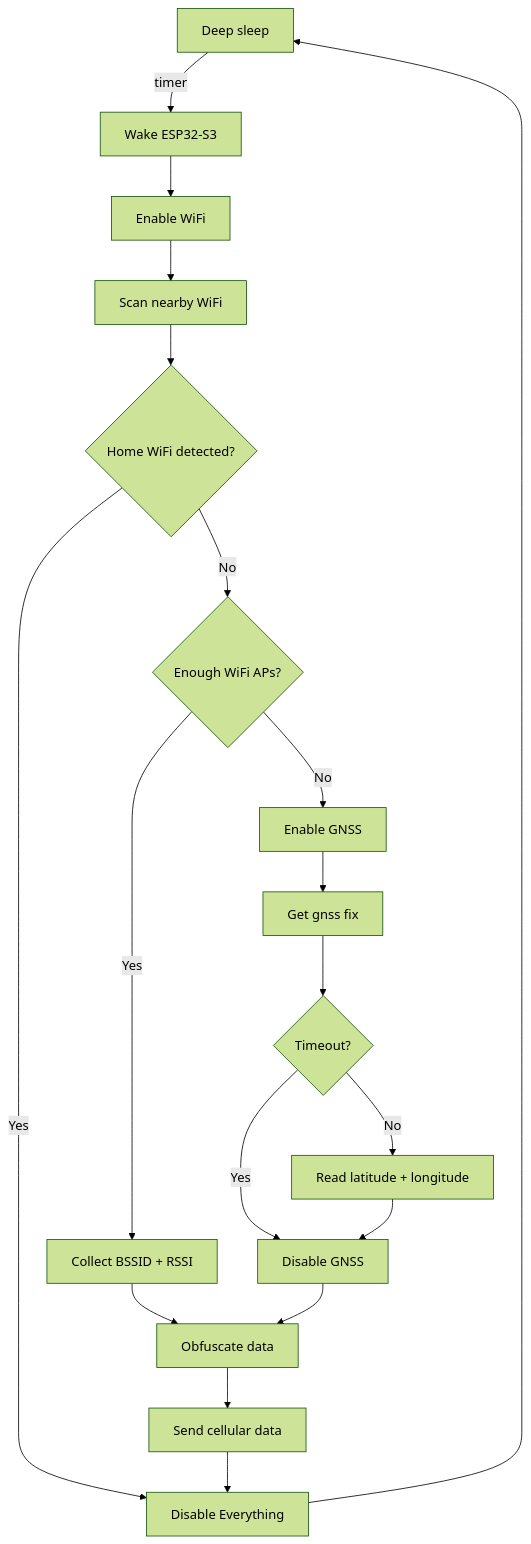
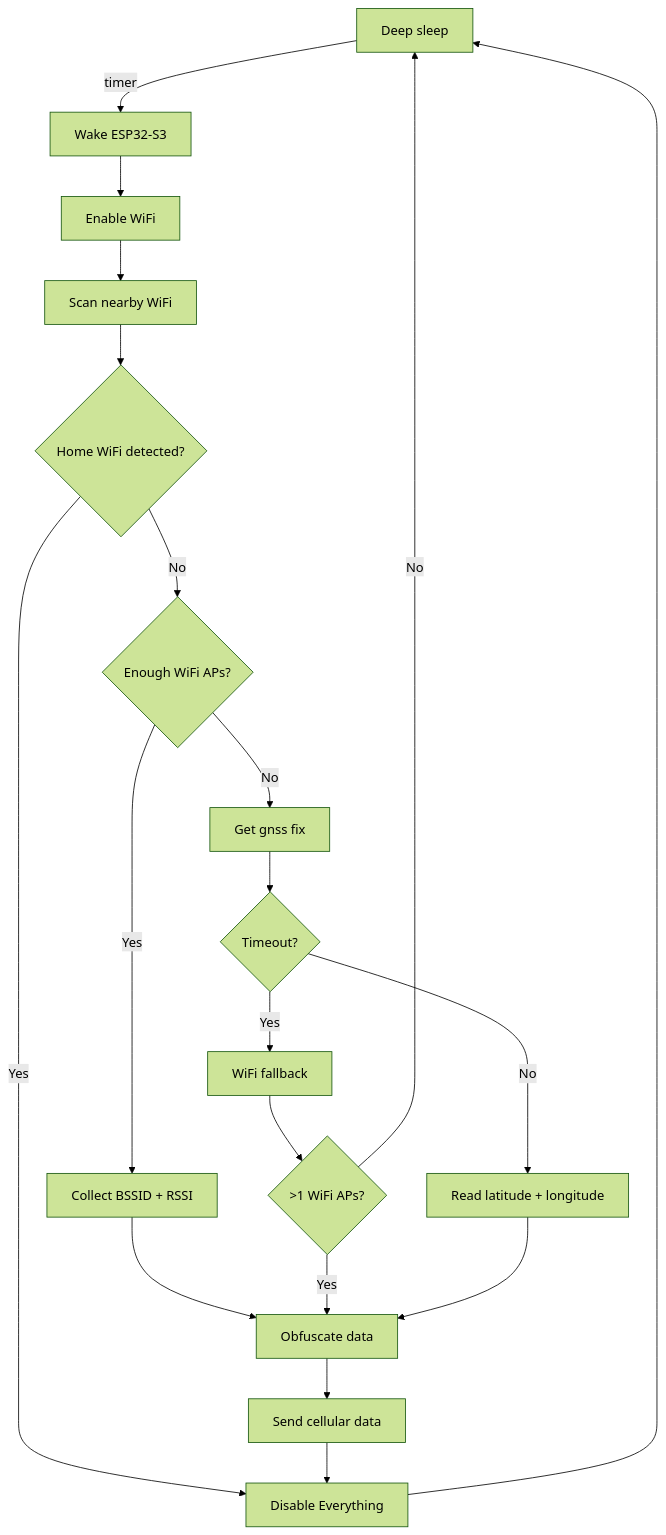
Before and after one commit to marph91/marphs-tracker: the diagram in docs/software.md, drawn with Mermaid (forest theme). The commit also changed 6 other files, not shown here.

Commit message:
implement wifi fallback on gnss path

````diff
--- a/docs/software.md
+++ b/docs/software.md
@@ -5,27 +5,29 @@
 ```mermaid
 flowchart TD
     sleep -->|"timer"| wake["Wake ESP32-S3"]
 
     wake --> enable_wifi["Enable WiFi"]
     enable_wifi --> scan_wifi["Scan nearby WiFi"]
 
     scan_wifi --> E{"Home WiFi detected?"}
 
     E -->|"Yes"| disable["Disable Everything"]
     disable --> sleep["Deep sleep"]
 
     E -->|"No"| H{"Enough WiFi APs?"}
 
     H -->|"Yes"| I["Collect BSSID + RSSI"]
     I --> encrypt[Obfuscate data]
     encrypt --> send["Send cellular data"]
     send --> disable
 
-    H -->|"No"| L["Enable GNSS"]
-    L --> get_gnss_fix["Get gnss fix"]
+    H -->|"No"| get_gnss_fix["Get gnss fix"]
     get_gnss_fix --> gnss_timeout{"Timeout?"}
     gnss_timeout -->|"No"| read_gnss_data["Read latitude + longitude"]
-    gnss_timeout -->|"Yes"| disable_gnss
-    read_gnss_data --> disable_gnss["Disable GNSS"]
-    disable_gnss --> encrypt
+    gnss_timeout -->|"Yes"| wifi_fallback["WiFi fallback"]
+    wifi_fallback --> enough_wifi_aps{">1 WiFi APs?"}
+    enough_wifi_aps -->|"Yes"| encrypt
+    enough_wifi_aps -->|"No"| sleep
+
+    read_gnss_data --> encrypt
 ```
````
